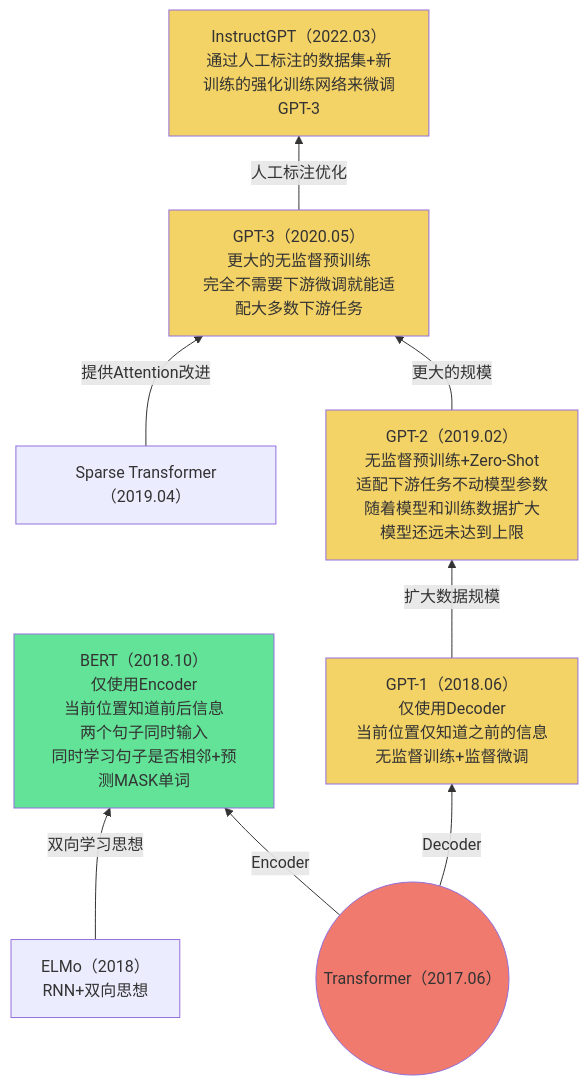
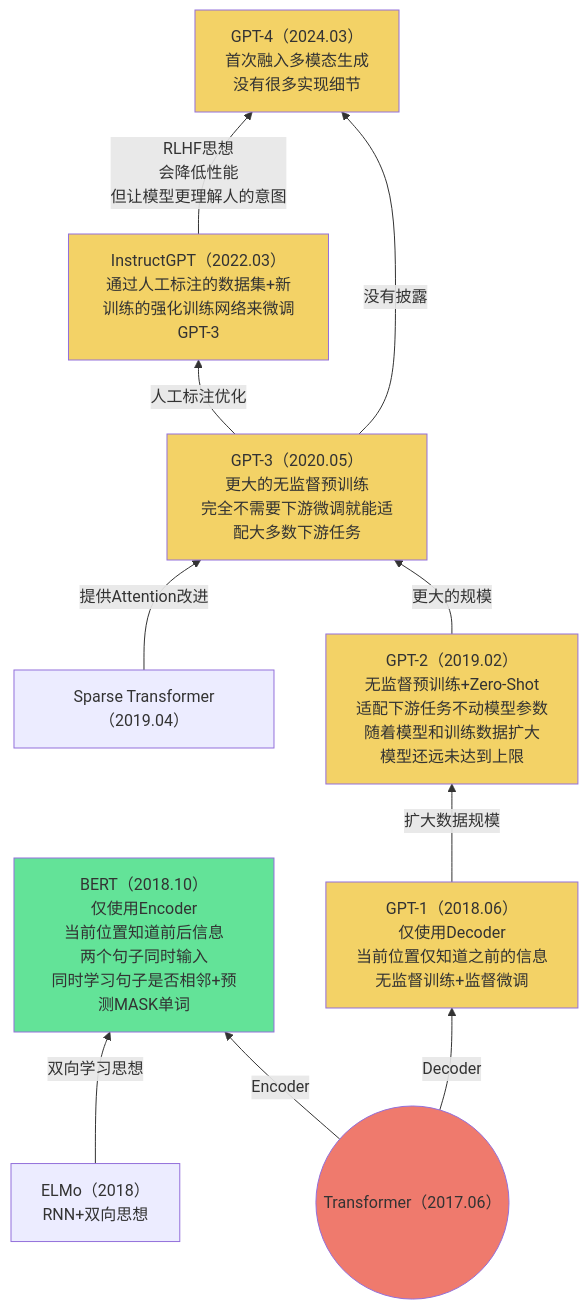
Before and after one commit to Elephant-King9/Paper: the third of 4 diagrams in Base_Model/LLM/analyse.md, drawn with Mermaid. The commit also changed other lines of this file and 2 other files, not shown here.

Commit message:
update_GPT-4 Technical Report

````diff
--- a/Base_Model/LLM/analyse.md
+++ b/Base_Model/LLM/analyse.md
@@ -43,28 +48,32 @@
 ```mermaid
 flowchart BT
 Transformer-->|Encoder|BERT
 Transformer-->|Decoder|GPT-1
 ELMo-->|双向学习思想|BERT
 GPT-1-->|扩大数据规模|GPT-2
 GPT-2-->|更大的规模|GPT-3
 Sparse_Transformer-->|提供Attention改进|GPT-3
 GPT-3-->|人工标注优化|InstructGPT
+GPT-3-->|没有披露|GPT-4
+InstructGPT-->|RLHF思想<br>会降低性能<br>但让模型更理解人的意图|GPT-4
 
 
 
 
 Transformer@{ shape: circle, label: "Transformer（2017.06）" }
 				style Transformer fill:#EF7A6D
 GPT-1[GPT-1（2018.06）<br>仅使用Decoder<br>当前位置仅知道之前的信息<br>无监督训练+监督微调]
 	style GPT-1 fill:#F3D266
 BERT[BERT（2018.10）<br>仅使用Encoder<br>当前位置知道前后信息<br>两个句子同时输入<br>同时学习句子是否相邻+预测MASK单词]
 	style BERT fill:#63E398
 ELMo[ELMo（2018）<br>RNN+双向思想]
 GPT-2[GPT-2（2019.02）<br>无监督预训练+Zero-Shot<br>适配下游任务不动模型参数<br>随着模型和训练数据扩大<br>模型还远未达到上限]
 	style GPT-2 fill:#F3D266
 Sparse_Transformer[Sparse Transformer（2019.04）]
 GPT-3[GPT-3（2020.05）<br>更大的无监督预训练<br>完全不需要下游微调就能适配大多数下游任务]
 	style GPT-3 fill:#F3D266
 InstructGPT[InstructGPT（2022.03）<br>通过人工标注的数据集+新训练的强化训练网络来微调GPT-3]
 	style InstructGPT fill:#F3D266
+GPT-4[GPT-4（2024.03）<br>首次融入多模态生成<br>没有很多实现细节]
+	style GPT-4 fill:#F3D266
 ```
````
